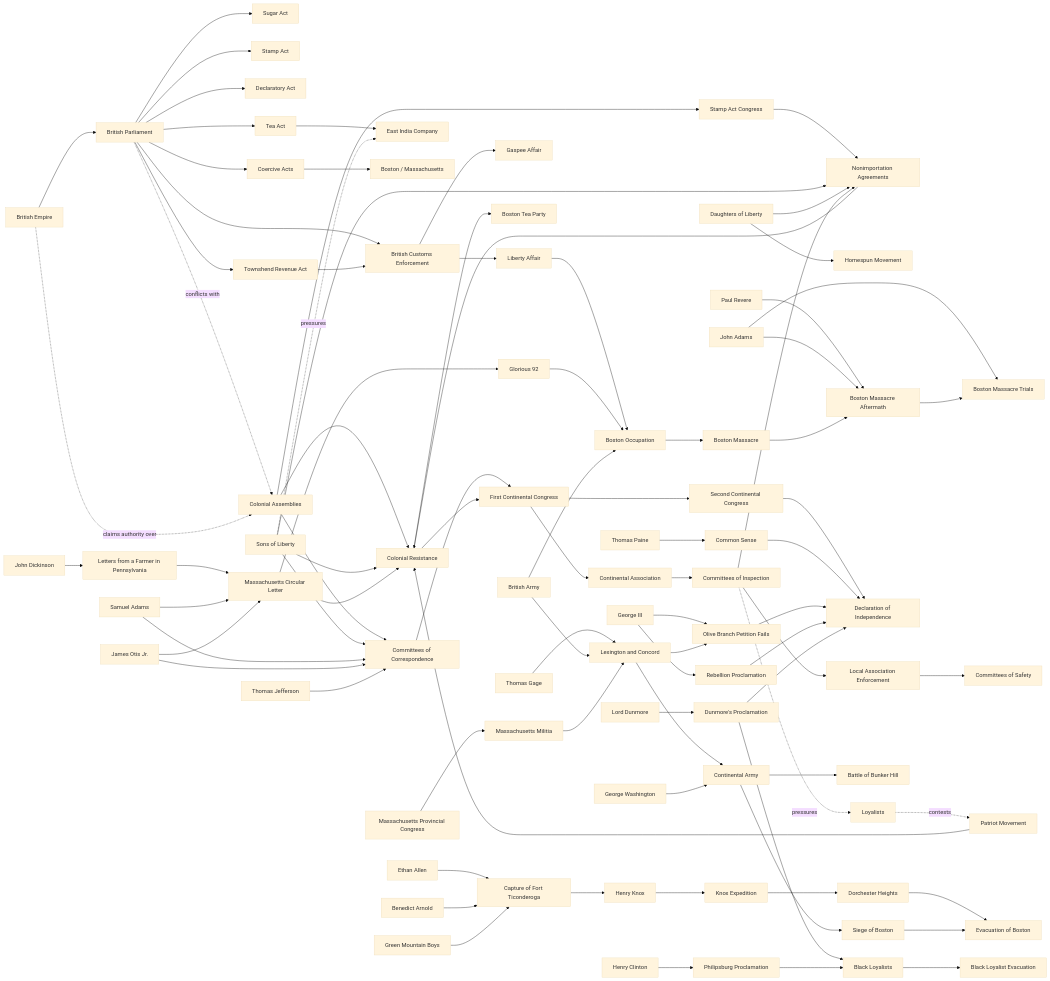
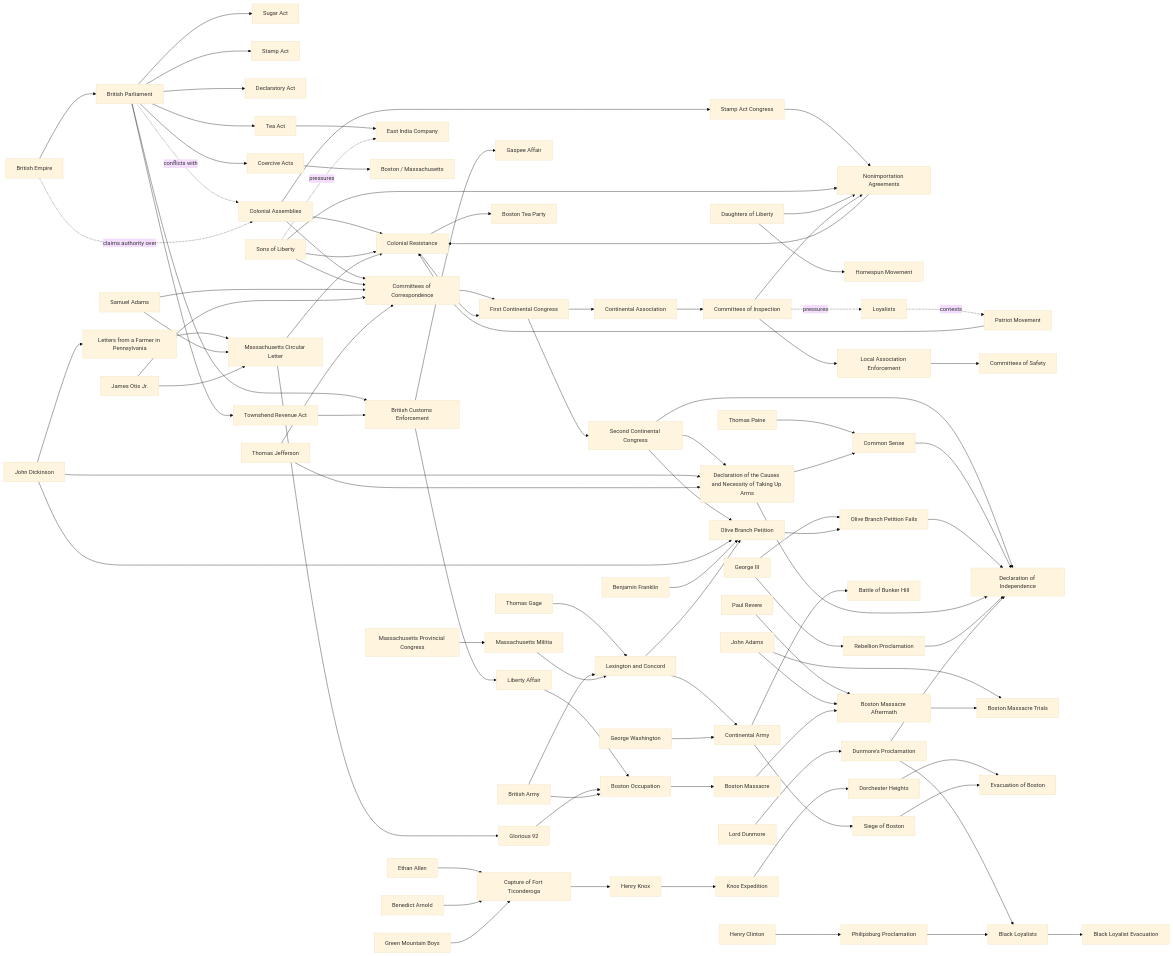
Before and after one commit to mattblethen/Causal-Atlas: the diagram in 09_Maps_Models/Actor_Maps/American Revolution Actor Map.md, drawn with Mermaid (base theme). The commit also changed other lines of this file and 44 other files, not shown here.

Commit message:
Add Olive Branch reconciliation packet

```diff
--- a/09_Maps_Models/Actor_Maps/American Revolution Actor Map.md
+++ b/09_Maps_Models/Actor_Maps/American Revolution Actor Map.md
@@ -78,12 +81,21 @@
     COI --> NIA
     COI -. pressures .-> LOY
     FCC --> SCC["Second Continental Congress"]
+    SCC --> DCA["Declaration of the Causes and Necessity of Taking Up Arms"]
+    SCC --> OBP["Olive Branch Petition"]
     SCC --> DOI["Declaration of Independence"]
+    JD --> DCA
+    JD --> OBP
+    TJ --> DCA
+    BF["Benjamin Franklin"] --> OBP
     TP["Thomas Paine"] --> CS["Common Sense"]
+    DCA --> CS
     CS --> DOI
-    G3["George III"] --> OBP["Olive Branch Petition Fails"]
+    G3["George III"] --> OBPF["Olive Branch Petition Fails"]
     G3 --> REB["Rebellion Proclamation"]
-    OBP --> DOI
+    OBP --> OBPF
+    OBPF --> DOI
+    DCA --> DOI
     REB --> DOI
     TG["Thomas Gage"] --> LC["Lexington and Concord"]
     BA["British Army"] --> LC
```
